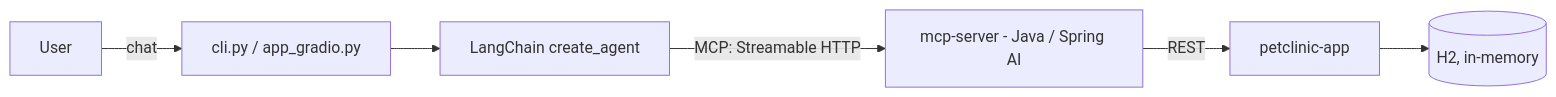
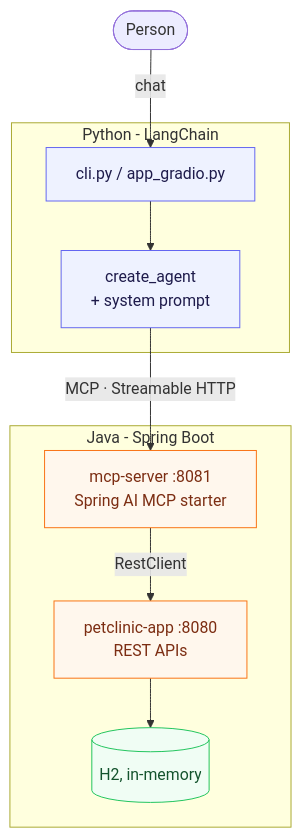
One commit to sparshgirdhar/AI-Native-PetClinic changed the diagram in docs/conversational-agent.md. Above: the diagram before and after it, drawn with Mermaid. The commit also changed other lines of this file, not shown here.

First line of the commit message:
Revise conversational agent documentation for clarity

````diff
--- a/docs/conversational-agent.md
+++ b/docs/conversational-agent.md
@@ -9,8 +8,24 @@
 ```mermaid
-flowchart LR
-    User -->|chat| CLI[cli.py / app_gradio.py]
-    CLI --> Agent[LangChain create_agent]
-    Agent -->|MCP: Streamable HTTP| MCPServer[mcp-server - Java / Spring AI]
-    MCPServer -->|REST| PetClinic[petclinic-app]
-    PetClinic --> DB[(H2, in-memory)]
+flowchart TB
+    User(["Person"]) -->|chat| CLI["cli.py / app_gradio.py"]
+
+    subgraph python["Python - LangChain"]
+        CLI --> Agent["create_agent<br/>+ system prompt"]
+    end
+
+    subgraph java["Java - Spring Boot"]
+        MCPServer["mcp-server :8081<br/>Spring AI MCP starter"]
+        PetClinic["petclinic-app :8080<br/>REST APIs"]
+        MCPServer -->|RestClient| PetClinic
+        PetClinic --> DB[("H2, in-memory")]
+    end
+
+    Agent -->|"MCP · Streamable HTTP"| MCPServer
+
+    classDef py fill:#eef2ff,stroke:#6366f1,color:#1e1b4b
+    classDef java fill:#fff7ed,stroke:#f97316,color:#7c2d12
+    classDef store fill:#f0fdf4,stroke:#22c55e,color:#14532d
+    class CLI,Agent py
+    class MCPServer,PetClinic java
+    class DB store
 ```
````
